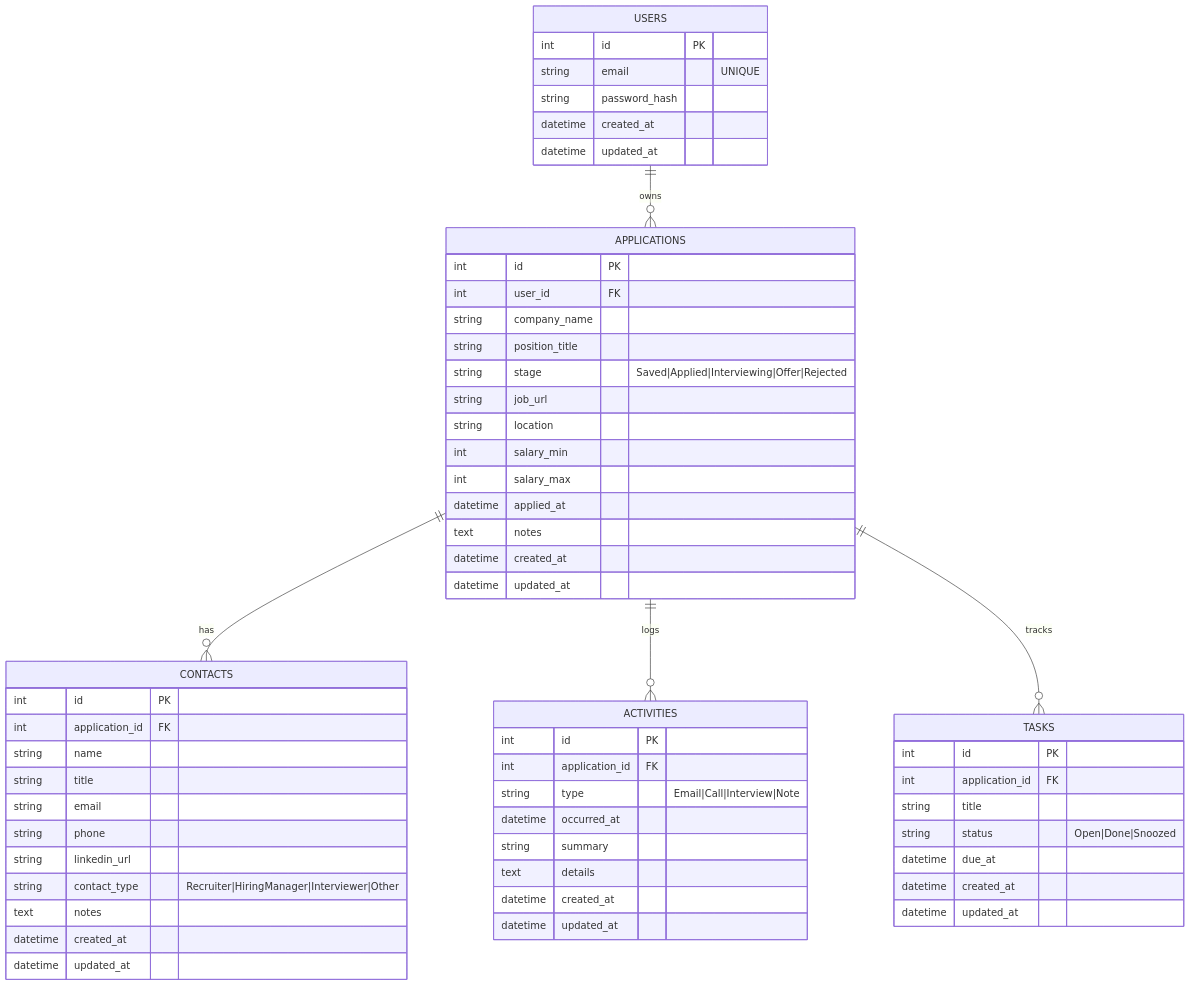
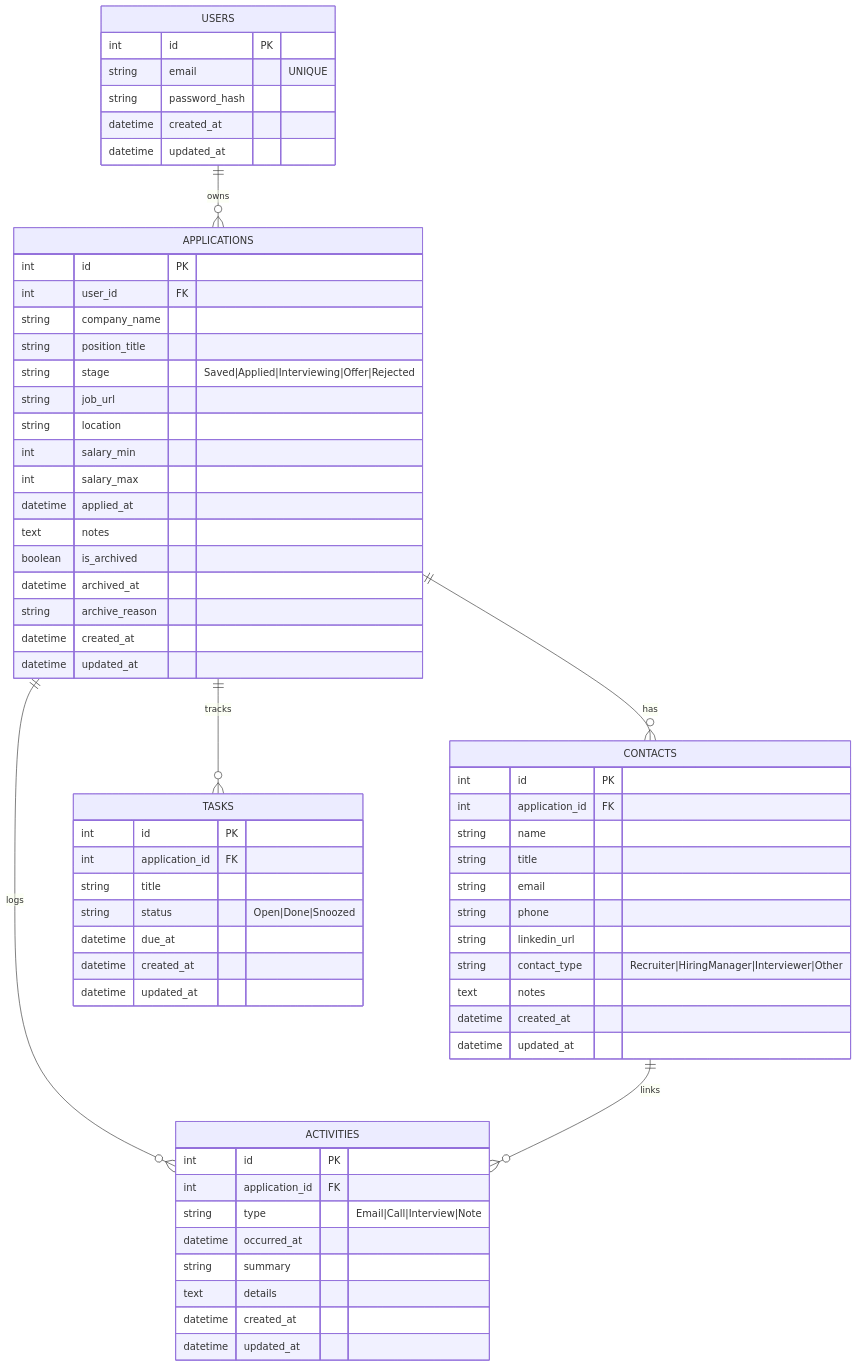
The diagram in database.md (rantslm/M11-Capstone-Project), drawn with Mermaid before and after one commit. The commit also changed other lines of this file, not shown here.

Commit message:
docs: add contact1:M and archive to database notes

````diff
--- a/database.md
+++ b/database.md
@@ -127,66 +177,70 @@
 ```mermaid
 erDiagram
   USERS ||--o{ APPLICATIONS : owns
   APPLICATIONS ||--o{ CONTACTS : has
   APPLICATIONS ||--o{ ACTIVITIES : logs
   APPLICATIONS ||--o{ TASKS : tracks
+  CONTACTS ||--o{ ACTIVITIES : links
 
   USERS {
     int id PK
     string email "UNIQUE"
     string password_hash
     datetime created_at
     datetime updated_at
   }
 
   APPLICATIONS {
     int id PK
     int user_id FK
     string company_name
     string position_title
     string stage "Saved|Applied|Interviewing|Offer|Rejected"
     string job_url
     string location
     int salary_min
     int salary_max
     datetime applied_at
     text notes
+    boolean is_archived
+    datetime archived_at
+    string archive_reason
     datetime created_at
     datetime updated_at
   }
 
   CONTACTS {
     int id PK
     int application_id FK
     string name
     string title
     string email
     string phone
     string linkedin_url
     string contact_type "Recruiter|HiringManager|Interviewer|Other"
     text notes
     datetime created_at
     datetime updated_at
   }
 
   ACTIVITIES {
     int id PK
     int application_id FK
     string type "Email|Call|Interview|Note"
     datetime occurred_at
     string summary
     text details
     datetime created_at
     datetime updated_at
   }
 
   TASKS {
     int id PK
     int application_id FK
     string title
     string status "Open|Done|Snoozed"
     datetime due_at
     datetime created_at
     datetime updated_at
   }
-  ```
+```
````
